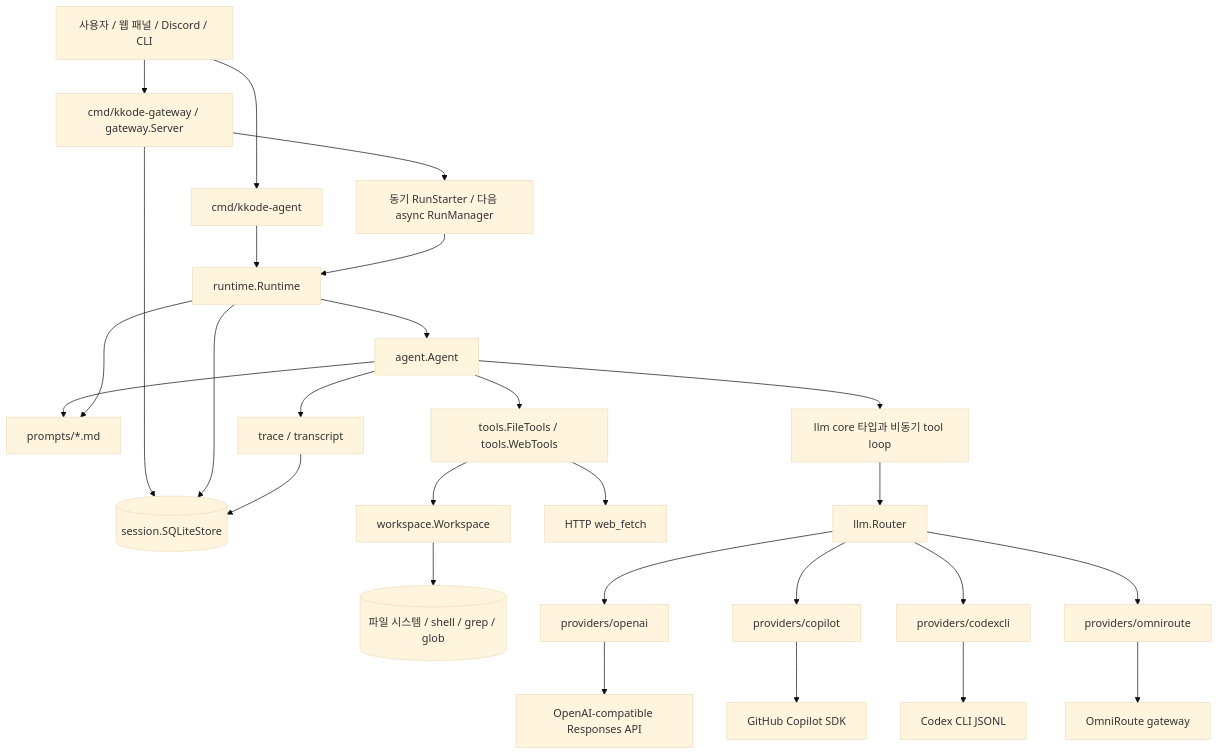
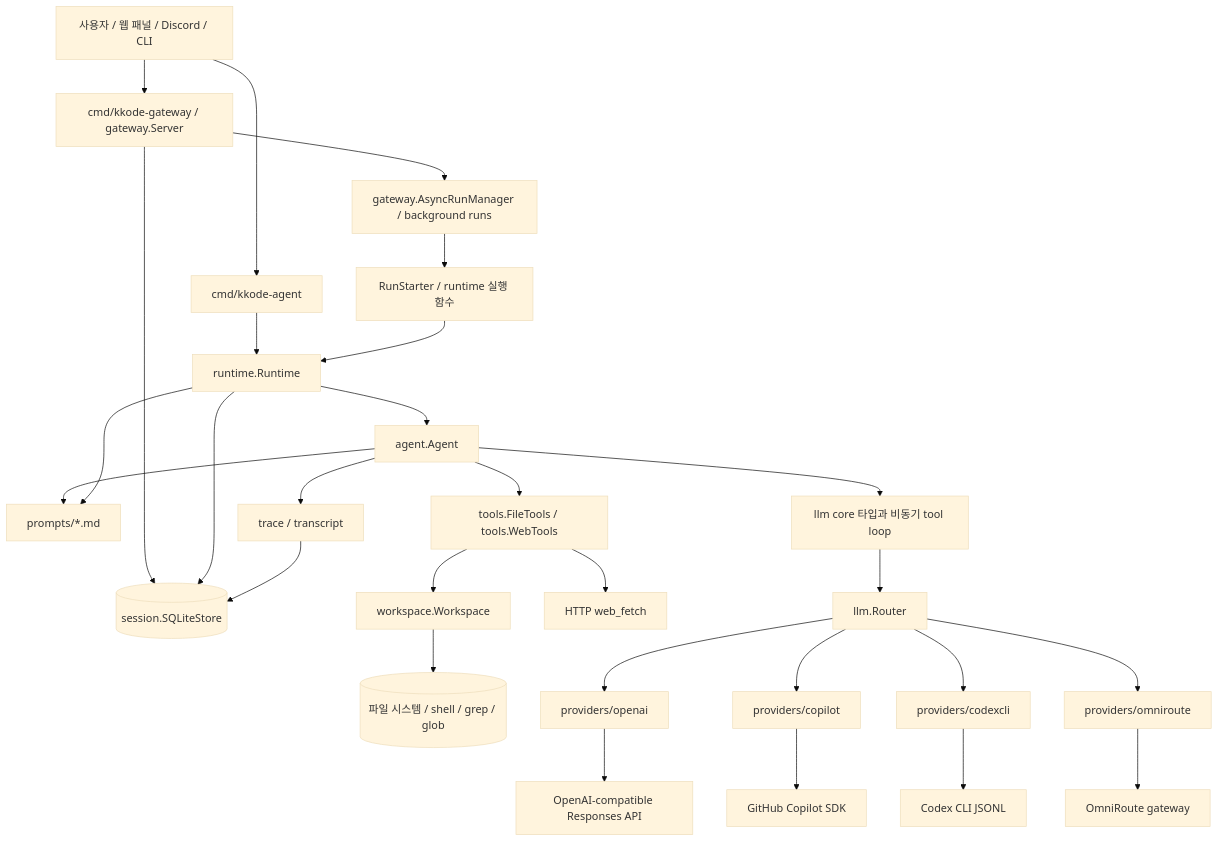
The first of 4 diagrams in README.md (sleepysoong/kkode), drawn with Mermaid (base theme) before and after one commit. The commit also changed other lines of this file and 8 other files, not shown here.

````diff
--- a/README.md
+++ b/README.md
@@ -14,34 +14,35 @@
 ```mermaid
 graph TD
     User[사용자 / 웹 패널 / Discord / CLI] --> CLI[cmd/kkode-agent]
     User --> GW[cmd/kkode-gateway / gateway.Server]
 
     CLI --> RT[runtime.Runtime]
     GW --> Store[(session.SQLiteStore)]
-    GW --> SyncRunStarter[동기 RunStarter / 다음 async RunManager]
-    SyncRunStarter --> RT
+    GW --> RunManager[gateway.AsyncRunManager / background runs]
+    RunManager --> RunStarter[RunStarter / runtime 실행 함수]
+    RunStarter --> RT
 
     RT --> Agent[agent.Agent]
     RT --> Store
     Agent --> PromptTemplates[prompts/*.md]
     RT --> PromptTemplates
     Agent --> Core[llm core 타입과 비동기 tool loop]
     Agent --> Tools[tools.FileTools / tools.WebTools]
     Tools --> WS[workspace.Workspace]
     WS --> FS[(파일 시스템 / shell / grep / glob)]
     Tools --> Web[HTTP web_fetch]
 
     Core --> Router[llm.Router]
     Router --> OpenAI[providers/openai]
     Router --> Copilot[providers/copilot]
     Router --> Codex[providers/codexcli]
     Router --> OmniRoute[providers/omniroute]
 
     OpenAI --> ModelAPI[OpenAI-compatible Responses API]
     Copilot --> CopilotSDK[GitHub Copilot SDK]
     Codex --> CodexCLI[Codex CLI JSONL]
     OmniRoute --> OmniRouteAPI[OmniRoute gateway]
 
     Agent --> Trace[trace / transcript]
     Trace --> Store
 ```
````
